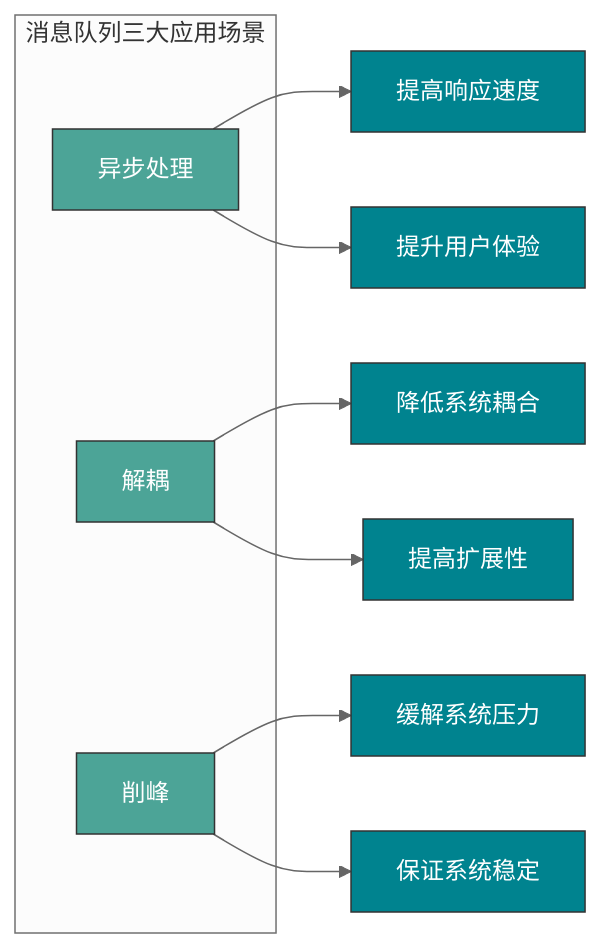
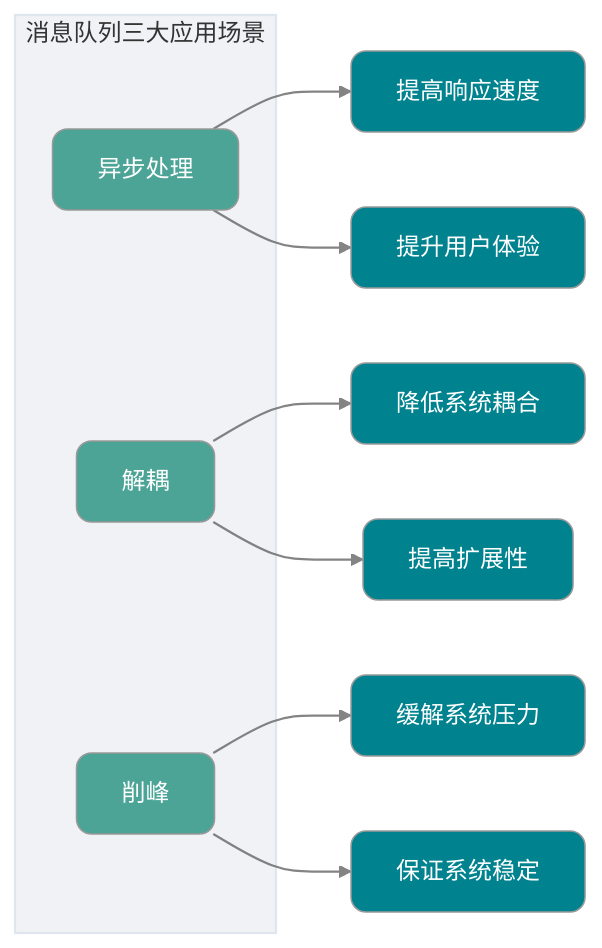
The first of 13 diagrams in docs/high-performance/message-queue/rocketmq-questions.md (Snailclimb/JavaGuide), drawn with Mermaid (neutral theme) before and after one commit. The commit also changed other lines of this file and 7 other files, not shown here.

Commit message:
docs：mermaid 配图样式优化

````diff
--- a/docs/high-performance/message-queue/rocketmq-questions.md
+++ b/docs/high-performance/message-queue/rocketmq-questions.md
@@ -108,23 +108,26 @@
 ```mermaid
 flowchart LR
     subgraph MQ["消息队列三大应用场景"]
+        style MQ fill:#F0F2F5,stroke:#E0E6ED,stroke-width:1.5px
         Async["异步处理"]
         Decouple["解耦"]
         Peak["削峰"]
     end
 
     Async --> A1["提高响应速度"]
     Async --> A2["提升用户体验"]
 
     Decouple --> D1["降低系统耦合"]
     Decouple --> D2["提高扩展性"]
 
     Peak --> P1["缓解系统压力"]
     Peak --> P2["保证系统稳定"]
 
-    classDef app fill:#4CA497,stroke:#333,color:#fff
-    classDef benefit fill:#00838F,stroke:#333,color:#fff
+    classDef app fill:#4CA497,color:#fff,rx:10,ry:10
+    classDef benefit fill:#00838F,color:#fff,rx:10,ry:10
 
     class Async,Decouple,Peak app
     class A1,A2,D1,D2,P1,P2 benefit
+
+    linkStyle default stroke-width:1.5px,opacity:0.8
 ```
````
